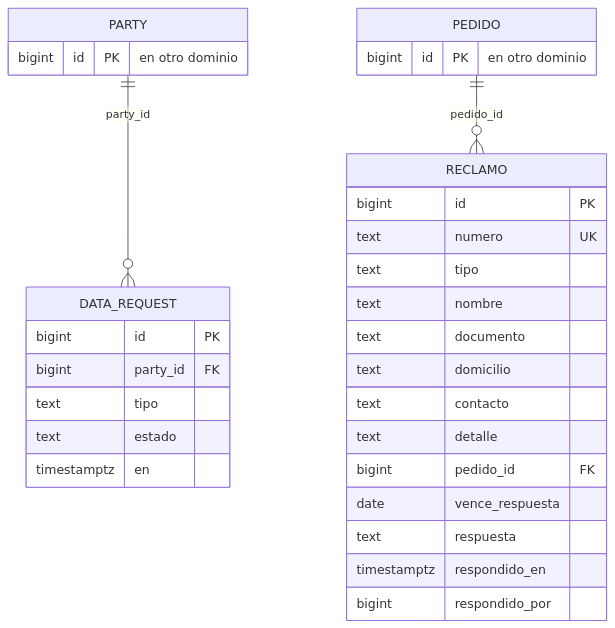
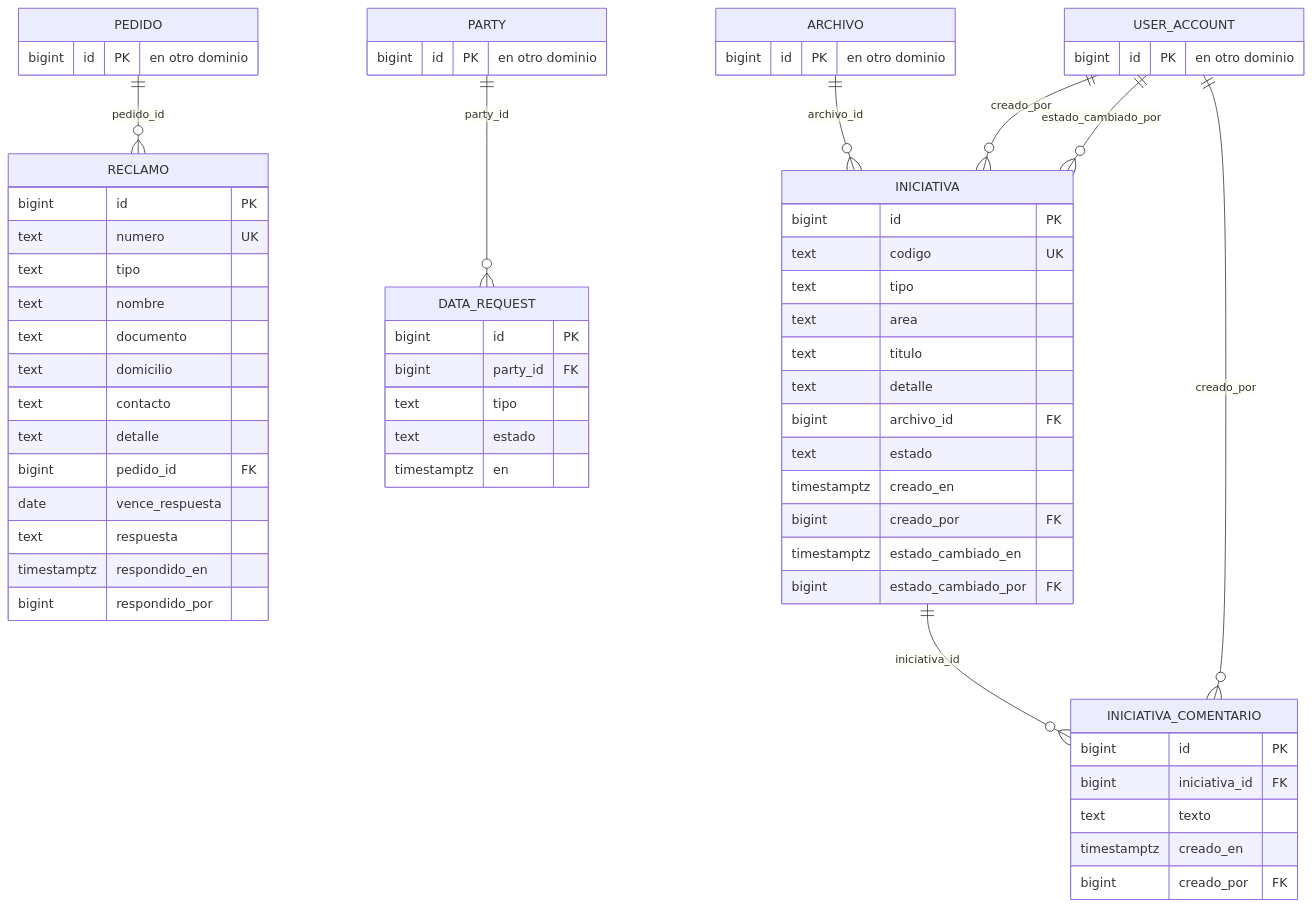
The diagram in docs/datos/er/11-legal.mmd (JoseEM26/caprichos), drawn with Mermaid before and after one commit. The commit also changed 208 other files, not shown here.

```diff
--- a/docs/datos/er/11-legal.mmd
+++ b/docs/datos/er/11-legal.mmd
@@ -1,31 +1,63 @@
 erDiagram
   RECLAMO {
     bigint id PK
     text numero UK
     text tipo
     text nombre
     text documento
     text domicilio
     text contacto
     text detalle
     bigint pedido_id FK
     date vence_respuesta
     text respuesta
     timestamptz respondido_en
     bigint respondido_por
   }
   DATA_REQUEST {
     bigint id PK
     bigint party_id FK
     text tipo
     text estado
     timestamptz en
   }
+  INICIATIVA {
+    bigint id PK
+    text codigo UK
+    text tipo
+    text area
+    text titulo
+    text detalle
+    bigint archivo_id FK
+    text estado
+    timestamptz creado_en
+    bigint creado_por FK
+    timestamptz estado_cambiado_en
+    bigint estado_cambiado_por FK
+  }
+  INICIATIVA_COMENTARIO {
+    bigint id PK
+    bigint iniciativa_id FK
+    text texto
+    timestamptz creado_en
+    bigint creado_por FK
+  }
+  ARCHIVO {
+    bigint id PK "en otro dominio"
+  }
   PARTY {
     bigint id PK "en otro dominio"
   }
   PEDIDO {
     bigint id PK "en otro dominio"
   }
+  USER_ACCOUNT {
+    bigint id PK "en otro dominio"
+  }
+  ARCHIVO ||--o{ INICIATIVA : "archivo_id"
+  INICIATIVA ||--o{ INICIATIVA_COMENTARIO : "iniciativa_id"
   PARTY ||--o{ DATA_REQUEST : "party_id"
   PEDIDO ||--o{ RECLAMO : "pedido_id"
+  USER_ACCOUNT ||--o{ INICIATIVA : "creado_por"
+  USER_ACCOUNT ||--o{ INICIATIVA : "estado_cambiado_por"
+  USER_ACCOUNT ||--o{ INICIATIVA_COMENTARIO : "creado_por"
```
